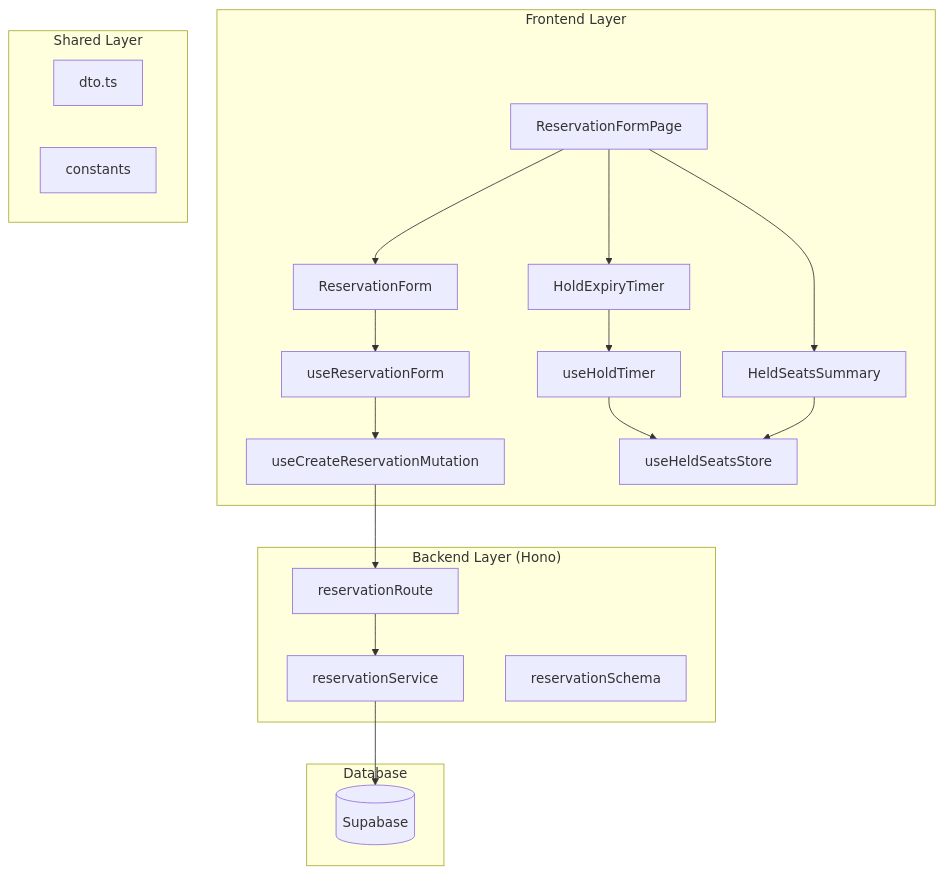
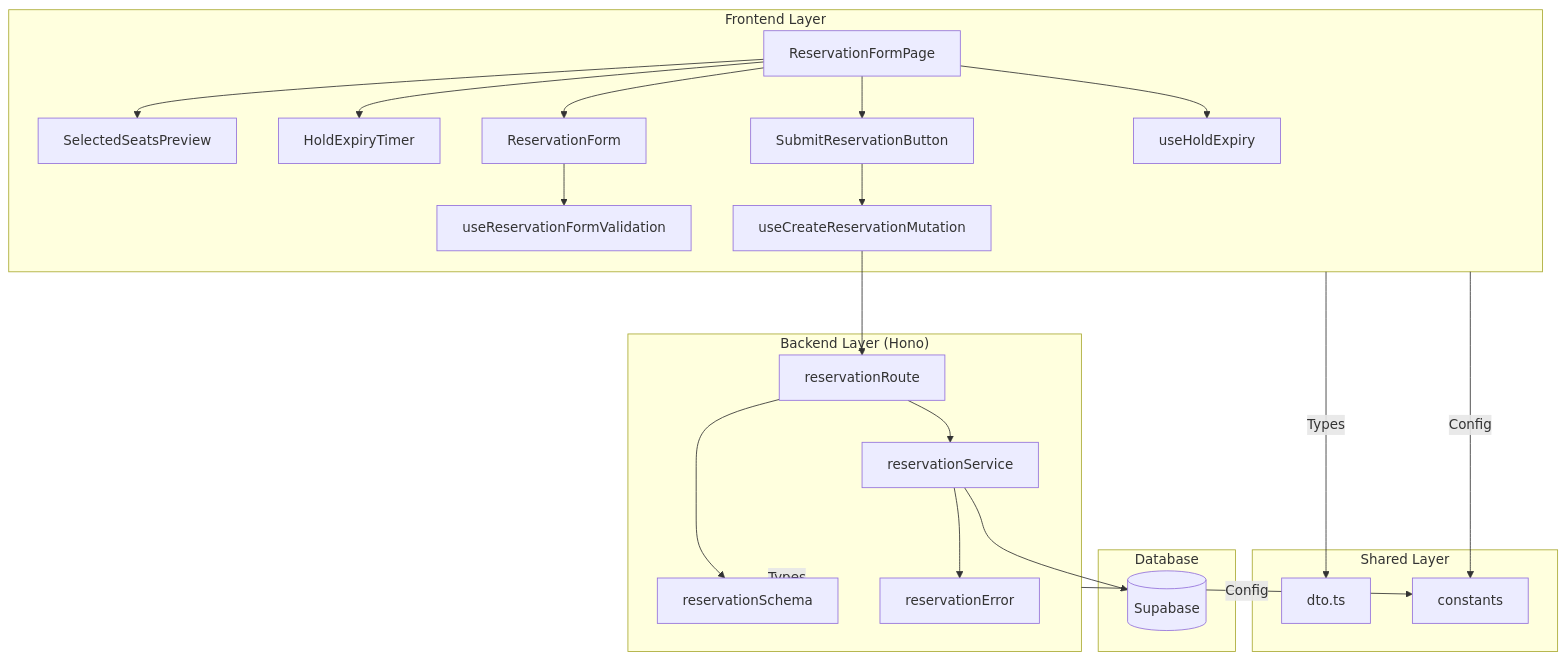
Before and after one commit to dasanworld/ConcertReserve: the diagram in docs/pages/reservation-form/plan.md, drawn with Mermaid. The commit also changed other lines of this file and 3 other files, not shown here.

First line of the commit message:
docs: add implementation plans for reservation complete, detail, form, and lookup pages

````diff
--- a/docs/pages/reservation-form/plan.md
+++ b/docs/pages/reservation-form/plan.md
@@ -29,40 +26,42 @@
 ```mermaid
 graph TB
     subgraph Frontend["Frontend Layer"]
         PageRoute["ReservationFormPage"]
+        SelectedSeatsPreview["SelectedSeatsPreview"]
         HoldExpiryTimer["HoldExpiryTimer"]
-        HeldSeatsSummary["HeldSeatsSummary"]
         ReservationForm["ReservationForm"]
-        
-        useReservationForm["useReservationForm"]
-        useCreateReservationMutation["useCreateReservationMutation"]
-        useHoldTimer["useHoldTimer"]
-        useHeldSeatsStore["useHeldSeatsStore"]
+        SubmitButton["SubmitReservationButton"]
+        useFormValidation["useReservationFormValidation"]
+        useCreateMutation["useCreateReservationMutation"]
+        useHoldExpiry["useHoldExpiry"]
     end
     
     subgraph Backend["Backend Layer (Hono)"]
         Route["reservationRoute"]
         Service["reservationService"]
         Schema["reservationSchema"]
+        ErrorCodes["reservationError"]
     end
     
     subgraph Shared["Shared Layer"]
         DTO["dto.ts"]
         Constants["constants"]
     end
     
     subgraph Database["Database"]
         DB[(Supabase)]
     end
     
-    PageRoute --> HoldExpiryTimer & HeldSeatsSummary & ReservationForm
-    ReservationForm --> useReservationForm
-    HoldExpiryTimer --> useHoldTimer
-    
-    useReservationForm --> useCreateReservationMutation
-    useCreateReservationMutation --> Route
-    Route --> Service --> DB
-    
-    useHoldTimer --> useHeldSeatsStore
-    HeldSeatsSummary --> useHeldSeatsStore
+    PageRoute --> SelectedSeatsPreview & HoldExpiryTimer & ReservationForm & SubmitButton
+    PageRoute --> useHoldExpiry
+    ReservationForm --> useFormValidation
+    SubmitButton --> useCreateMutation
+    useCreateMutation --> Route
+    Route --> Schema
+    Route --> Service
+    Service --> DB
+    Service --> ErrorCodes
+    Frontend -- Types --> DTO
+    Backend -- Types --> Schema
+    Frontend & Backend -- Config --> Constants
 ```
````
